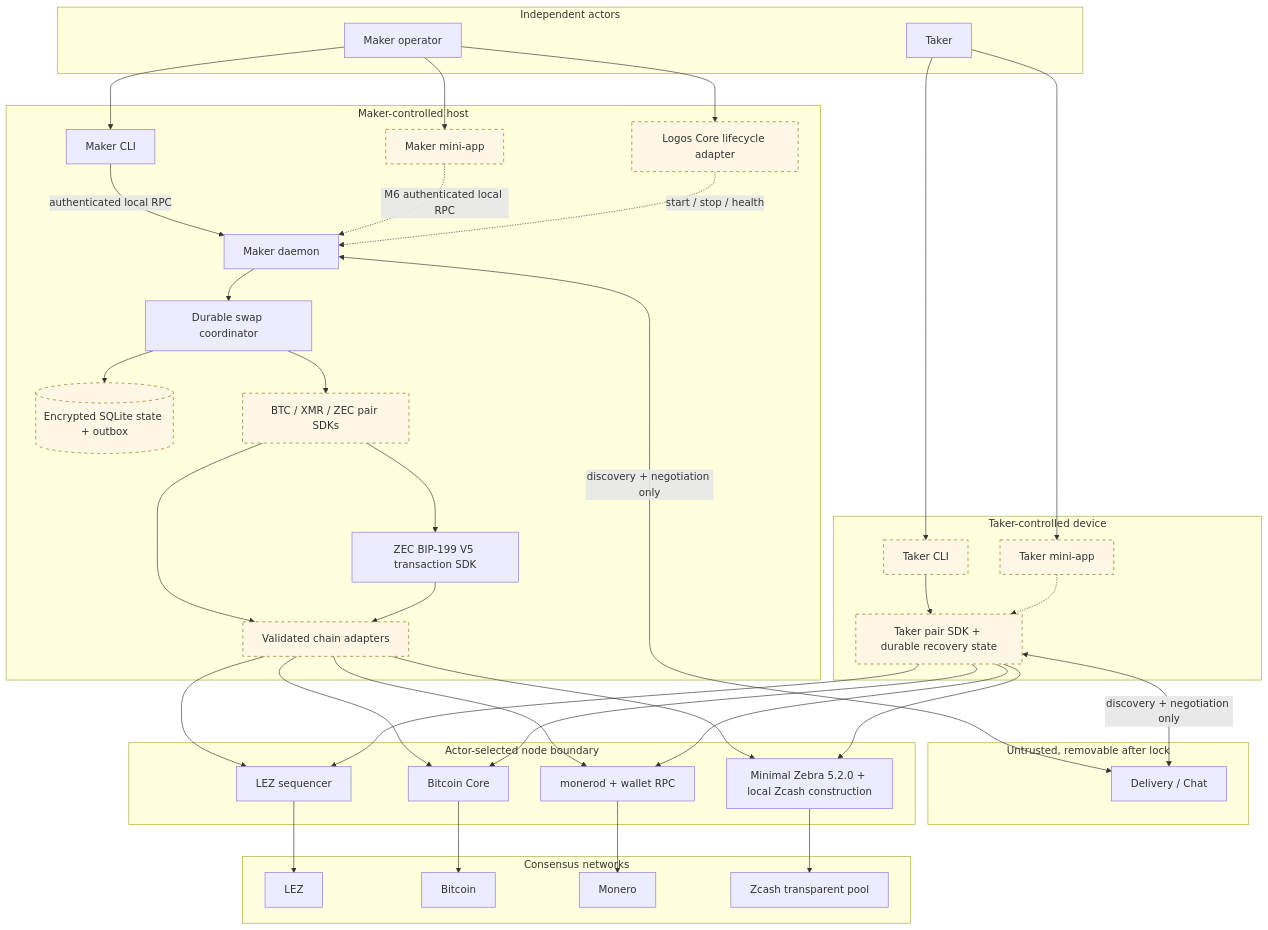
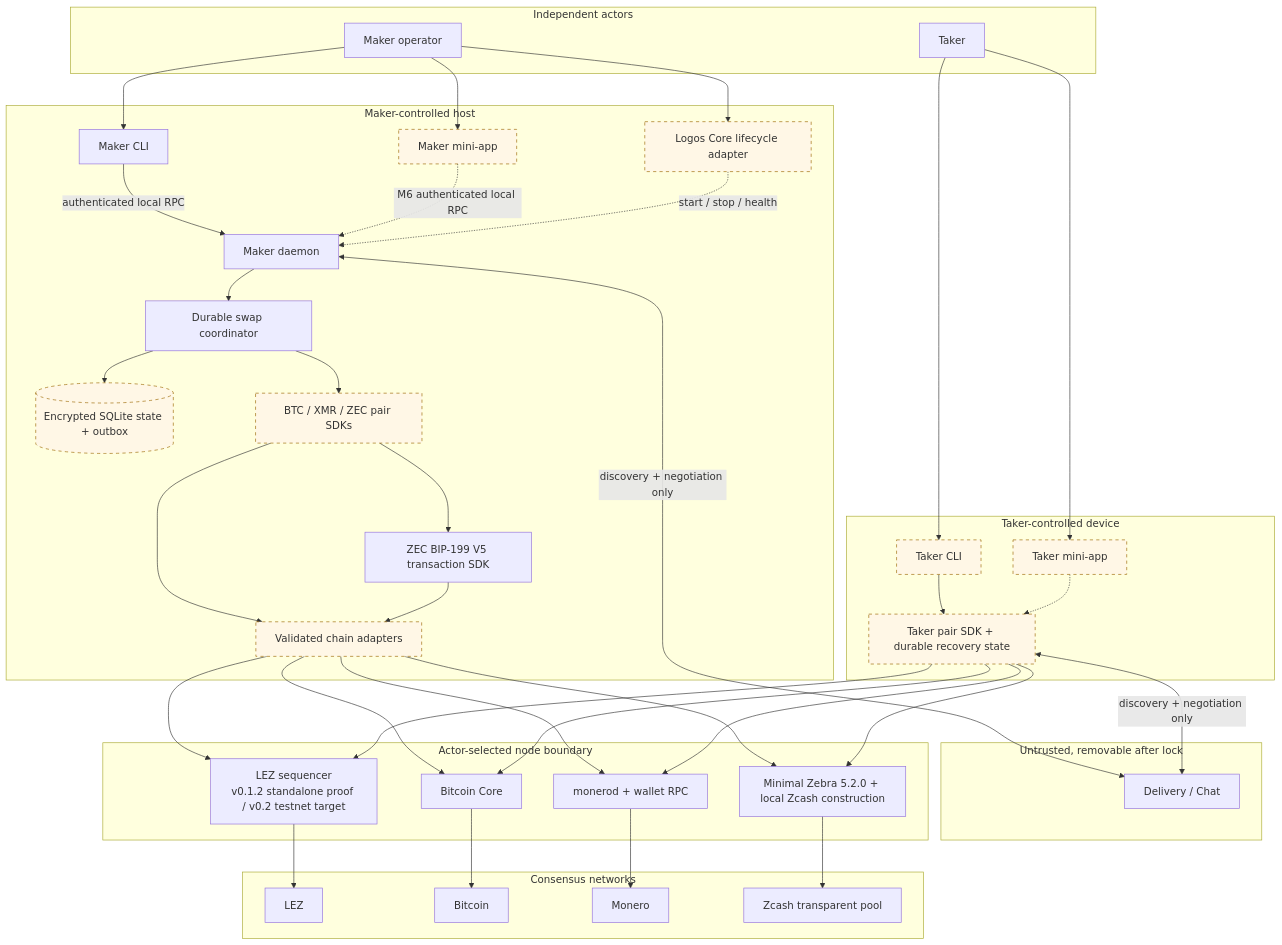
Before and after one commit to gateway-fm/lez-atomic-swaps: the first of 6 diagrams in docs/architecture/system-architecture.md, drawn with Mermaid. The commit also changed other lines of this file and 7 other files, not shown here.

````diff
--- a/docs/architecture/system-architecture.md
+++ b/docs/architecture/system-architecture.md
@@ -14,79 +14,79 @@
 ```mermaid
 flowchart TB
     subgraph People["Independent actors"]
         MO["Maker operator"]
         T["Taker"]
     end
 
     subgraph MakerHost["Maker-controlled host"]
         MC["Maker CLI"]
         MM["Maker mini-app"]
         LC["Logos Core lifecycle adapter"]
         MD["Maker daemon"]
         CO["Durable swap coordinator"]
         DB[("Encrypted SQLite state + outbox")]
         PS["BTC / XMR / ZEC pair SDKs"]
         ZTX["ZEC BIP-199 V5 transaction SDK"]
         CA["Validated chain adapters"]
     end
 
     subgraph TakerDevice["Taker-controlled device"]
         TC["Taker CLI"]
         TM["Taker mini-app"]
         TS["Taker pair SDK + durable recovery state"]
     end
 
     subgraph OffChain["Untrusted, removable after lock"]
         DC["Delivery / Chat"]
     end
 
     subgraph Nodes["Actor-selected node boundary"]
-        LEZ["LEZ sequencer"]
+        LEZ["LEZ sequencer<br/>v0.1.2 standalone proof / v0.2 testnet target"]
         BTC["Bitcoin Core"]
         XMR["monerod + wallet RPC"]
         ZEC["Minimal Zebra 5.2.0 + local Zcash construction"]
     end
 
     subgraph Networks["Consensus networks"]
         LN["LEZ"]
         BN["Bitcoin"]
         XN["Monero"]
         ZN["Zcash transparent pool"]
     end
 
     MO --> MC
     MO --> MM
     MO --> LC
     MC -->|"authenticated local RPC"| MD
     MM -.->|"M6 authenticated local RPC"| MD
     LC -.->|"start / stop / health"| MD
     MD --> CO
     CO --> DB
     CO --> PS
     PS --> ZTX
     PS --> CA
     ZTX --> CA
 
     T --> TC
     T --> TM
     TC --> TS
     TM -.-> TS
 
     MD <-->|"discovery + negotiation only"| DC
     TS <-->|"discovery + negotiation only"| DC
     CA --> LEZ
     CA --> BTC
     CA --> XMR
     CA --> ZEC
     TS --> LEZ
     TS --> BTC
     TS --> XMR
     TS --> ZEC
     LEZ --> LN
     BTC --> BN
     XMR --> XN
     ZEC --> ZN
 
     classDef planned stroke-dasharray: 5 5,fill:#fff7e6,stroke:#9a6700;
     class MM,LC,PS,CA,TC,TM,TS,DB planned;
 ```
````
